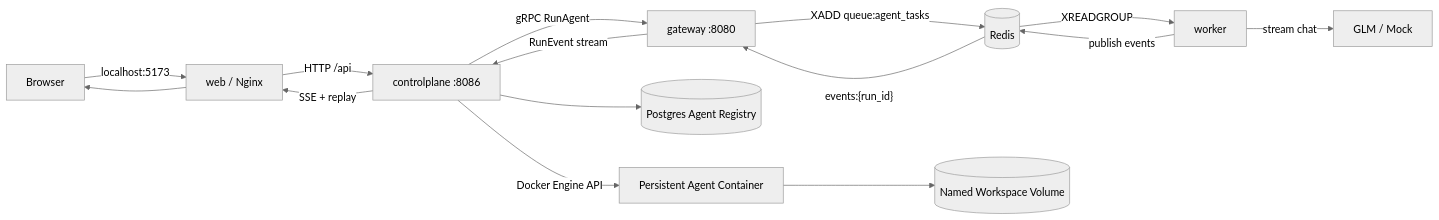
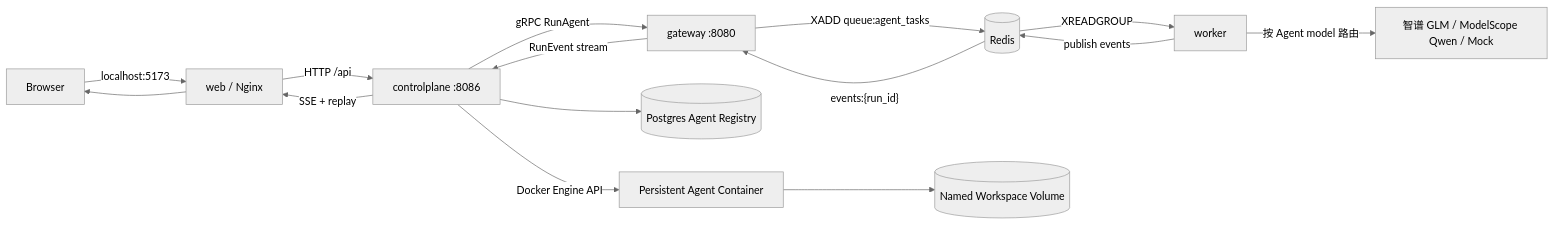
One commit to wzhnbsixsixsix/AI-Agent-Cloud-Runtime changed the first of 6 diagrams in docs/ARCHITECTURE.md. Above: the diagram before and after it, drawn with Mermaid (neutral theme). The commit also changed 26 other files, not shown here.

Commit message:
feat: add ModelScope Qwen model routing

````diff
--- a/docs/ARCHITECTURE.md
+++ b/docs/ARCHITECTURE.md
@@ -7,18 +7,18 @@
 ```mermaid
 flowchart LR
   Browser["Browser"] -->|"localhost:5173"| Web["web / Nginx"]
   Web -->|"HTTP /api"| CP["controlplane :8086"]
   CP -->|"gRPC RunAgent"| GW["gateway :8080"]
   GW -->|"XADD queue:agent_tasks"| Redis[("Redis")]
   Redis -->|"XREADGROUP"| Worker["worker"]
-  Worker -->|"stream chat"| LLM["GLM / Mock"]
+  Worker -->|"按 Agent model 路由"| LLM["智谱 GLM / ModelScope Qwen / Mock"]
   Worker -->|"publish events"| Redis
   Redis -->|"events:{run_id}"| GW
   GW -->|"RunEvent stream"| CP
   CP -->|"SSE + replay"| Web
   Web --> Browser
 
   CP --> Registry[("Postgres Agent Registry")]
   CP -->|"Docker Engine API"| Agent["Persistent Agent Container"]
   Agent --> Volume[("Named Workspace Volume")]
 ```
````
